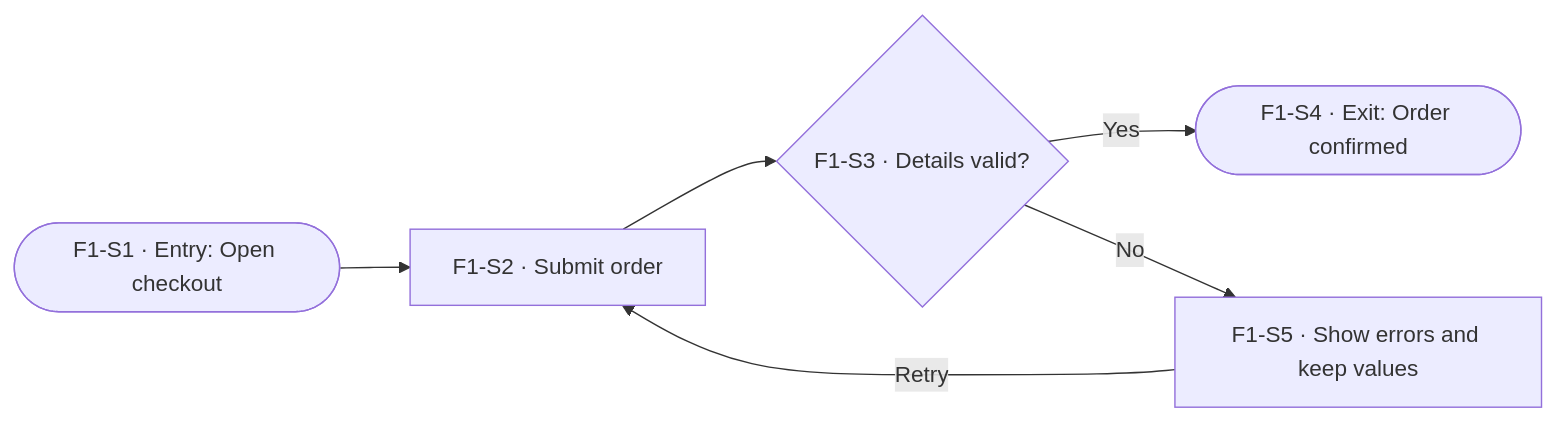
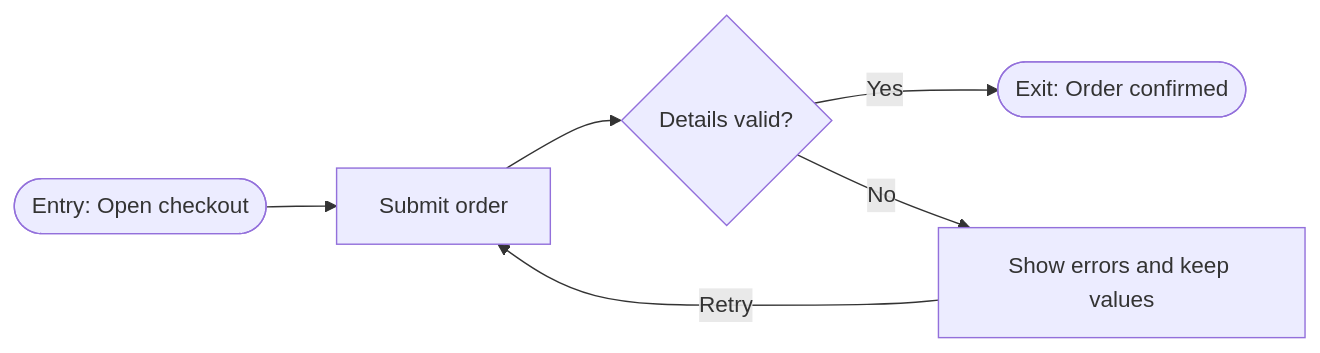
The diagram in codex/skills/vorbit-shared/workflows/journey.md (ash4180/vorbit), drawn with Mermaid before and after one commit. The commit also changed other lines of this file and 23 other files, not shown here.

First line of the commit message:
refactor: drop AC and flow-step IDs from PRD output and its consumers

````diff
--- a/codex/skills/vorbit-shared/workflows/journey.md
+++ b/codex/skills/vorbit-shared/workflows/journey.md
@@ -99,8 +100,8 @@
 ```mermaid
 flowchart LR
-    entry(["F1-S1 · Entry: Open checkout"]) --> submit["F1-S2 · Submit order"]
-    submit --> valid{"F1-S3 · Details valid?"}
-    valid -->|"Yes"| success(["F1-S4 · Exit: Order confirmed"])
-    valid -->|"No"| error["F1-S5 · Show errors and keep values"]
+    entry(["Entry: Open checkout"]) --> submit["Submit order"]
+    submit --> valid{"Details valid?"}
+    valid -->|"Yes"| success(["Exit: Order confirmed"])
+    valid -->|"No"| error["Show errors and keep values"]
     error -->|"Retry"| submit
 ```
````
